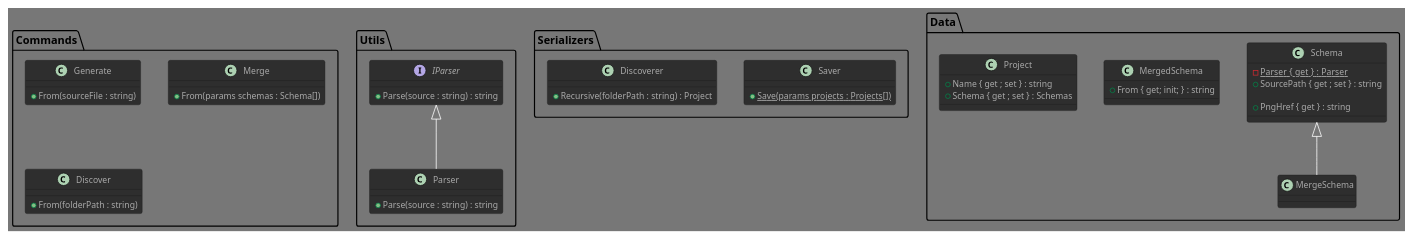
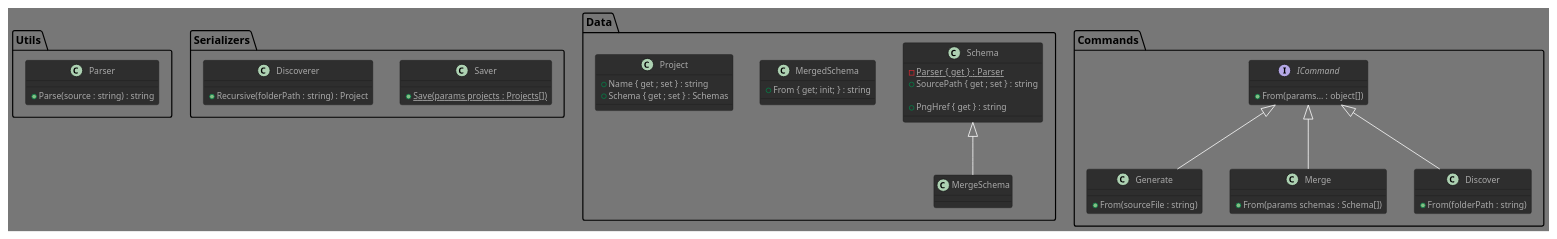
The diagram in PumlSchemasManager/lib.puml (GlazKrovi/PumlPlaner), drawn with PlantUML before and after one commit.

Commit message:
balance abstractions

```diff
--- a/PumlSchemasManager/lib.puml
+++ b/PumlSchemasManager/lib.puml
@@ -1,67 +1,68 @@
 @startuml PumlSchemasManager
 
 !theme reddress-darkgreen
 
 package Utils {
-    interface IParser {
-    ' return png path
-    + Parse(source : string) : string
-  }
-
-   IParser <|-- Parser
   class Parser {
     + Parse(source : string) : string  
   }
 }
 
 package Serializers {
     class Saver {
         + {static} Save(params projects : Projects[])
       }
 
     class Discoverer {
         + Recursive(folderPath : string) : Project
     }
 }
 
 
 package Data {
   class Schema {
     - {static} Parser { get }  : Parser
     + SourcePath { get ; set } : string
 
     ' generated on first demand ; can throw errors
     + PngHref { get } : string
   }
 
    Schema <|-- MergeSchema
   class MergedSchema  {
     + From { get; init; } : string
   }
 
   class Project {
     + Name { get ; set } : string
     + Schema { get ; set } : Schemas
   }
 
 
 }
 
 package Commands {
+    interface ICommand {
+        + From(params... : object[])
+    }
+
+    ICommand <|-- Generate
     class Generate {
         + From(sourceFile : string)
     }
 
+    ICommand <|-- Merge
     class Merge {
         + From(params schemas : Schema[])
     }
 
+    ICommand <|-- Discover
     class Discover {
      ' and save into projects list
         + From(folderPath : string)
     }
 }
 
 
 
 @enduml
```
